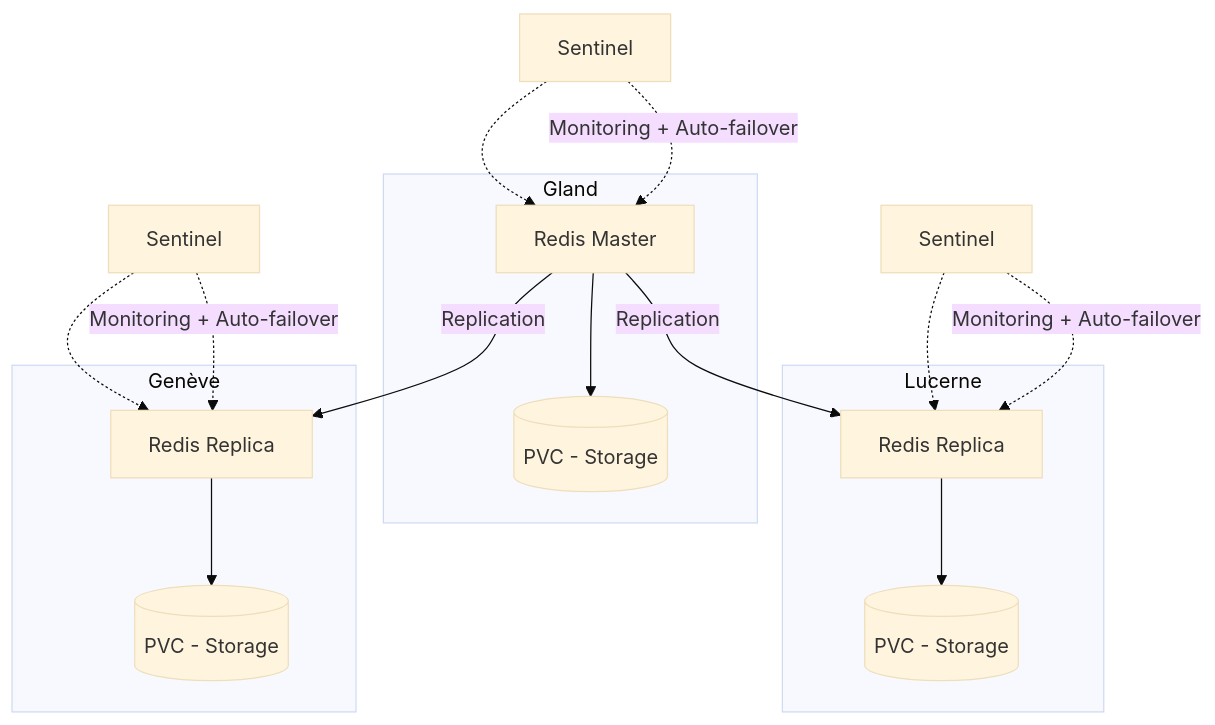
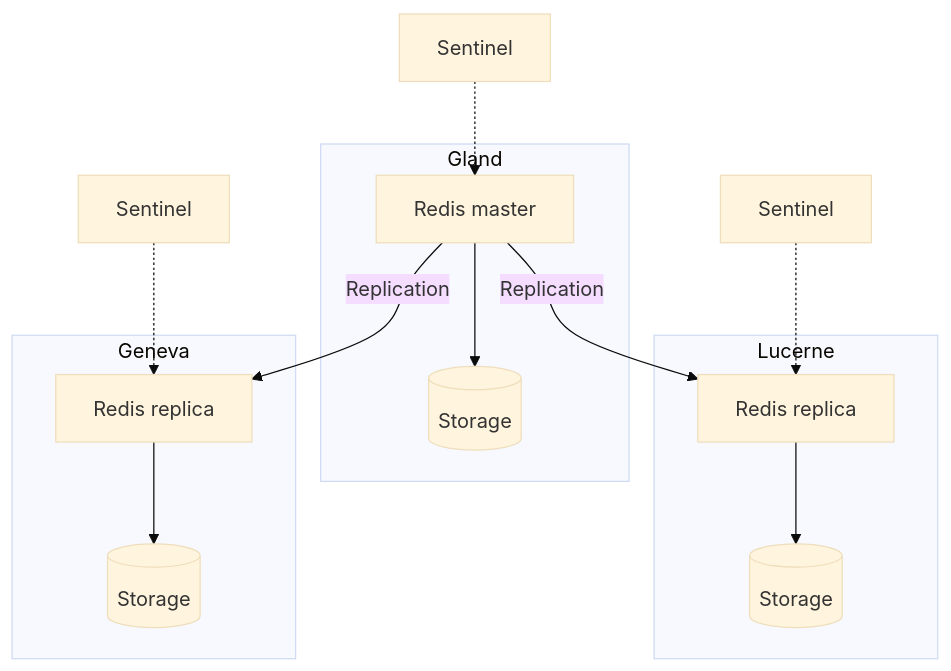
One commit to HidoraSwiss/hikube-public-doc changed the diagram in i18n/en/docusaurus-plugin-content-docs/current/services/databases/redis/overview.md. Above: the diagram before and after it, drawn with Mermaid (base theme). The commit also changed other lines of this file and 148 other files, not shown here.

````diff
--- a/i18n/en/docusaurus-plugin-content-docs/current/services/databases/redis/overview.md
+++ b/i18n/en/docusaurus-plugin-content-docs/current/services/databases/redis/overview.md
@@ -47,26 +29,21 @@
 ```mermaid
 graph TD
     subgraph Gland
-        M1[Redis Master] --> PVC1[(PVC - Storage)]
+        M1[Redis master] --> PVC1[(Storage)]
     end
 
     subgraph Lucerne
-        R1[Redis Replica] --> PVC2[(PVC - Storage)]
+        R1[Redis replica] --> PVC2[(Storage)]
     end
 
-    subgraph Genève
-        R2[Redis Replica] --> PVC3[(PVC - Storage)]
+    subgraph Geneva
+        R2[Redis replica] --> PVC3[(Storage)]
     end
 
-    %% Sentinel Cluster
     S1[Sentinel] -.-> M1
     S2[Sentinel] -.-> R1
     S3[Sentinel] -.-> R2
 
     M1 -->|Replication| R1
     M1 -->|Replication| R2
-
-    S1 -.->|Monitoring + Auto-failover| M1
-    S2 -.->|Monitoring + Auto-failover| R1
-    S3 -.->|Monitoring + Auto-failover| R2
 ```
````
